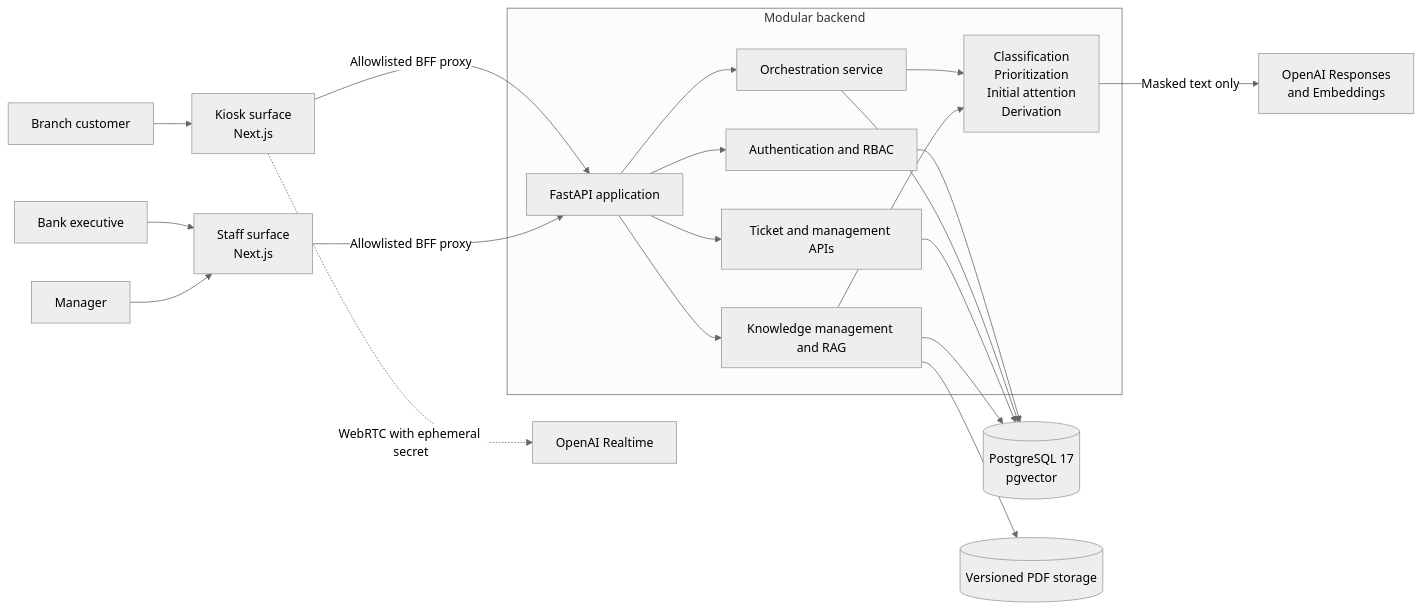
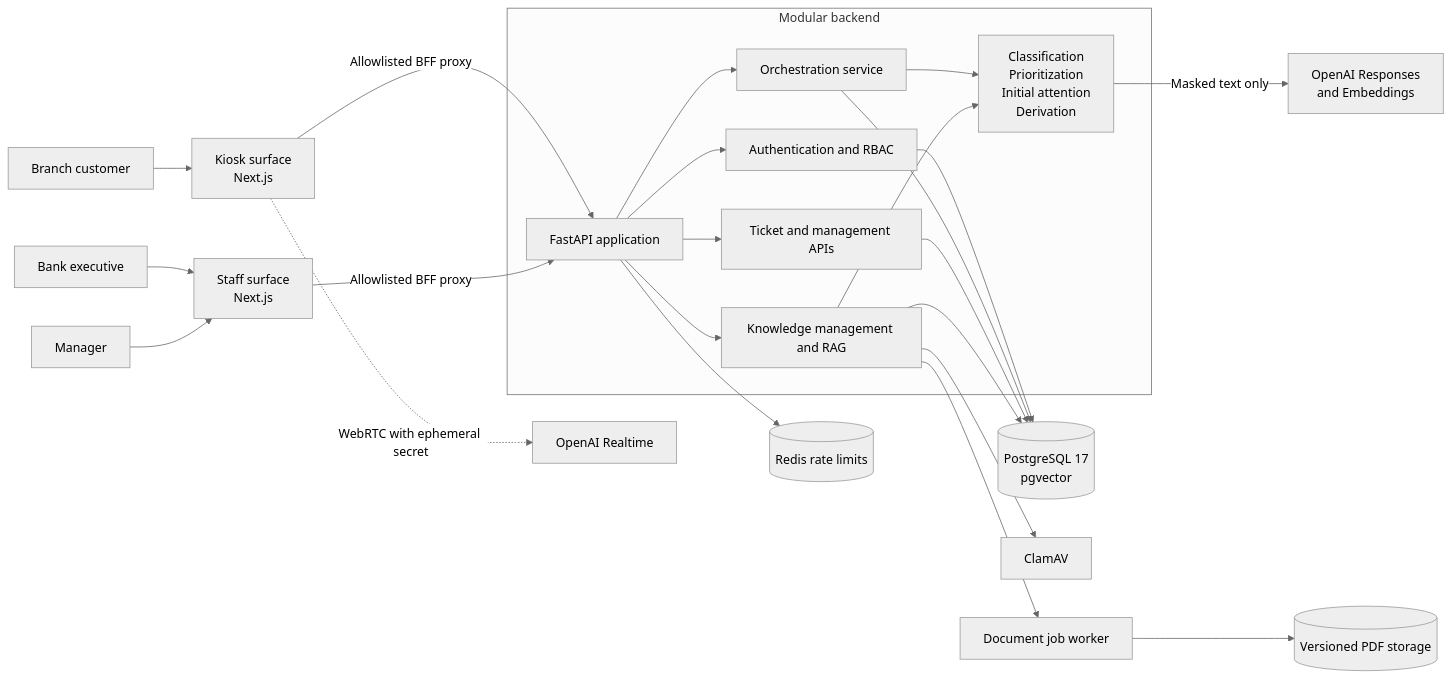
The first of 6 diagrams in README.md (ChristianMendozaa/banking-orchestration-system), drawn with Mermaid (neutral theme) before and after one commit. The commit also changed other lines of this file and 68 other files, not shown here.

````diff
--- a/README.md
+++ b/README.md
@@ -55,26 +55,29 @@
 ```mermaid
 flowchart LR
     Customer[Branch customer] --> Kiosk[Kiosk surface<br/>Next.js]
     Executive[Bank executive] --> Staff[Staff surface<br/>Next.js]
     Manager[Manager] --> Staff
 
     Kiosk -->|Allowlisted BFF proxy| API[FastAPI application]
     Staff -->|Allowlisted BFF proxy| API
     Kiosk -.->|WebRTC with ephemeral secret| Realtime[OpenAI Realtime]
 
     subgraph Backend[Modular backend]
         API --> Auth[Authentication and RBAC]
         API --> Orchestrator[Orchestration service]
         API --> Operations[Ticket and management APIs]
         API --> Knowledge[Knowledge management and RAG]
         Orchestrator --> Agents[Classification<br/>Prioritization<br/>Initial attention<br/>Derivation]
         Knowledge --> Agents
     end
 
     Auth --> PostgreSQL[(PostgreSQL 17<br/>pgvector)]
     Orchestrator --> PostgreSQL
     Operations --> PostgreSQL
     Knowledge --> PostgreSQL
-    Knowledge --> Documents[(Versioned PDF storage)]
+    Knowledge --> Queue[Document job worker]
+    Queue --> Documents[(Versioned PDF storage)]
+    Knowledge --> Scanner[ClamAV]
+    API --> Redis[(Redis rate limits)]
     Agents -->|Masked text only| OpenAI[OpenAI Responses<br/>and Embeddings]
 ```
````
